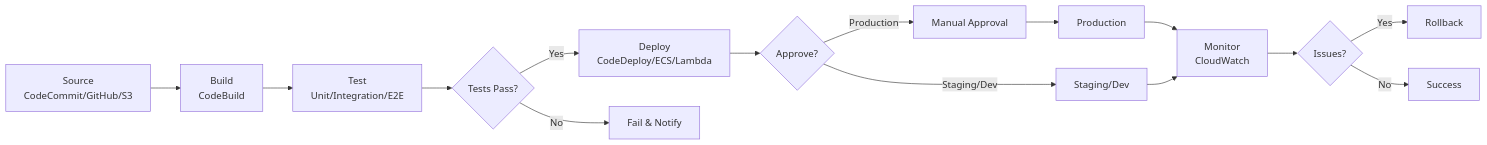
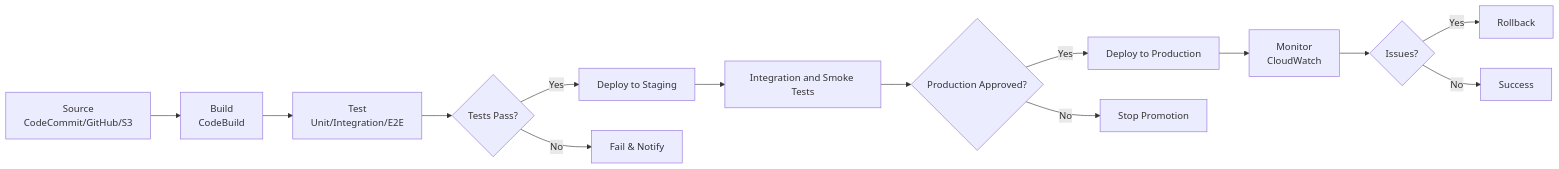
Before and after one commit to AlexanderBesss/AWS_best_praactices: the first of 2 diagrams in DevOps/CI-CD-Best-Practices.md, drawn with Mermaid. The commit also changed other lines of this file and 31 other files, not shown here.

````diff
--- a/DevOps/CI-CD-Best-Practices.md
+++ b/DevOps/CI-CD-Best-Practices.md
@@ -15,17 +15,16 @@
 ```mermaid
 graph LR
     A[Source<br/>CodeCommit/GitHub/S3] --> B[Build<br/>CodeBuild]
     B --> C[Test<br/>Unit/Integration/E2E]
     C --> D{Tests Pass?}
-    D -->|Yes| E[Deploy<br/>CodeDeploy/ECS/Lambda]
+    D -->|Yes| E[Deploy to Staging]
     D -->|No| F[Fail & Notify]
-    E --> G{Approve?}
-    G -->|Production| H[Manual Approval]
-    H --> I[Production]
-    G -->|Staging/Dev| I2[Staging/Dev]
+    E --> G[Integration and Smoke Tests]
+    G --> H{Production Approved?}
+    H -->|Yes| I[Deploy to Production]
+    H -->|No| I2[Stop Promotion]
     I --> J[Monitor<br/>CloudWatch]
-    I2 --> J
     J --> K{Issues?}
     K -->|Yes| L[Rollback]
     K -->|No| M[Success]
 ```
````
